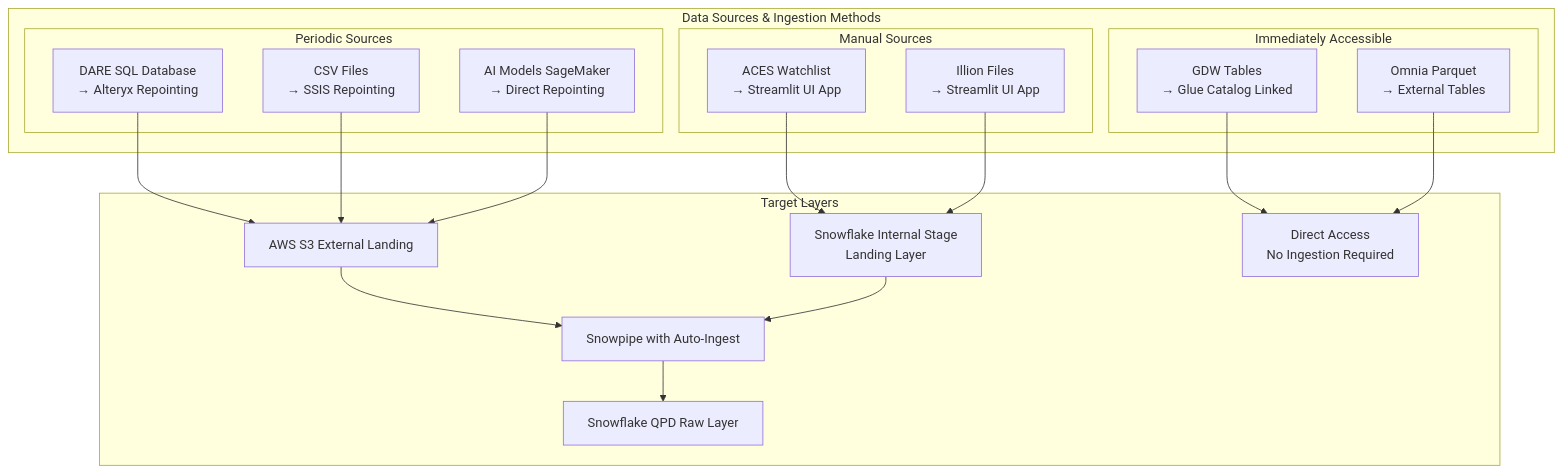
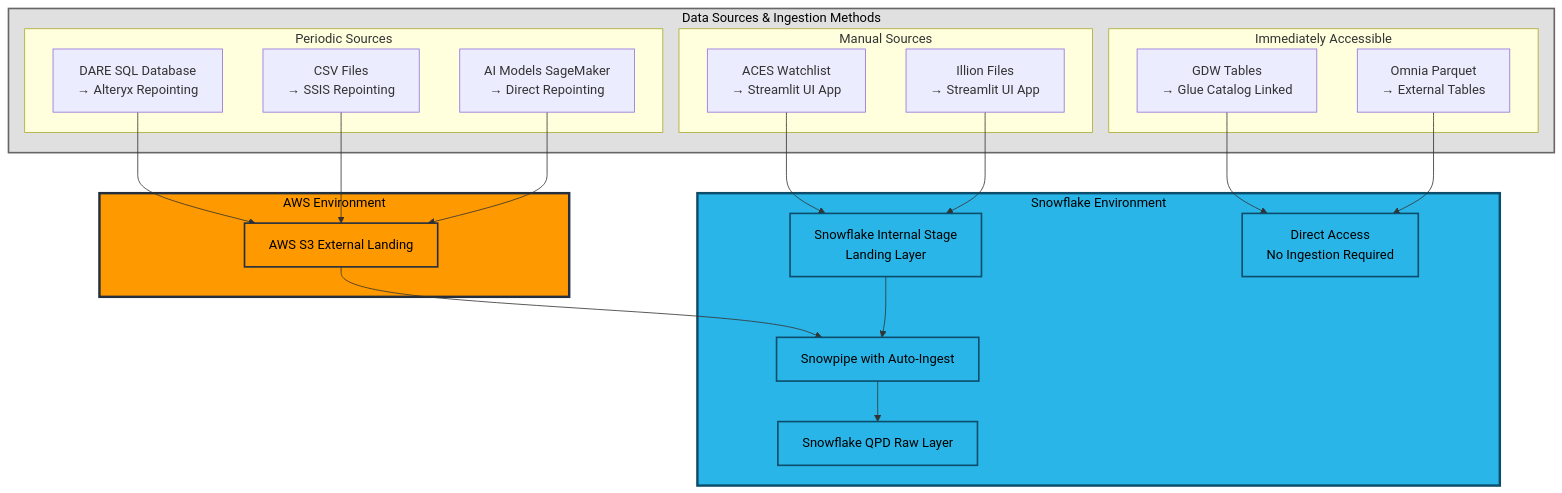
The fifth of 22 diagrams in 15-BB-QPD Future State/QPD - Future State.md (sfc-gh-mhindi/REPO_CBA), drawn with Mermaid before and after one commit. The commit also changed other lines of this file, not shown here.

````diff
--- a/15-BB-QPD Future State/QPD - Future State.md
+++ b/15-BB-QPD Future State/QPD - Future State.md
@@ -432,39 +432,51 @@
 ```mermaid
 graph TB
-    subgraph "Data Sources & Ingestion Methods"
+    subgraph Sources["Data Sources & Ingestion Methods"]
         subgraph "Periodic Sources"
             DARE[DARE SQL Database<br/>→ Alteryx Repointing]
             CSV[CSV Files<br/>→ SSIS Repointing]
             AI[AI Models SageMaker<br/>→ Direct Repointing]
         end
         
         subgraph "Manual Sources"
             ACES[ACES Watchlist<br/>→ Streamlit UI App]
             Illion[Illion Files<br/>→ Streamlit UI App]
         end
         
         subgraph "Immediately Accessible"
             GDW[GDW Tables<br/>→ Glue Catalog Linked]
             Omnia[Omnia Parquet<br/>→ External Tables]
         end
     end
     
-    subgraph "Target Layers"
+    subgraph AWS["AWS Environment"]
         S3_Landing[AWS S3 External Landing]
+    end
+    
+    subgraph Snowflake["Snowflake Environment"]
         Internal_Landing[Snowflake Internal Stage<br/>Landing Layer]
         Snowpipe[Snowpipe with Auto-Ingest]
         Raw[Snowflake QPD Raw Layer]
         Direct[Direct Access<br/>No Ingestion Required]
     end
     
     DARE --> S3_Landing
     CSV --> S3_Landing
     AI --> S3_Landing
     ACES --> Internal_Landing
     Illion --> Internal_Landing
     S3_Landing --> Snowpipe
     Internal_Landing --> Snowpipe
     Snowpipe --> Raw
     GDW --> Direct
     Omnia --> Direct
+    
+    style AWS fill:#ff9900,stroke:#232f3e,stroke-width:3px,color:#000
+    style Snowflake fill:#29b5e8,stroke:#0c4d6b,stroke-width:3px,color:#000
+    style Sources fill:#e0e0e0,stroke:#666,stroke-width:2px,color:#000
+    style S3_Landing fill:#ff9900,stroke:#232f3e,stroke-width:2px,color:#000
+    style Internal_Landing fill:#29b5e8,stroke:#0c4d6b,stroke-width:2px,color:#000
+    style Snowpipe fill:#29b5e8,stroke:#0c4d6b,stroke-width:2px,color:#000
+    style Raw fill:#29b5e8,stroke:#0c4d6b,stroke-width:2px,color:#000
+    style Direct fill:#29b5e8,stroke:#0c4d6b,stroke-width:2px,color:#000
 ```
````
